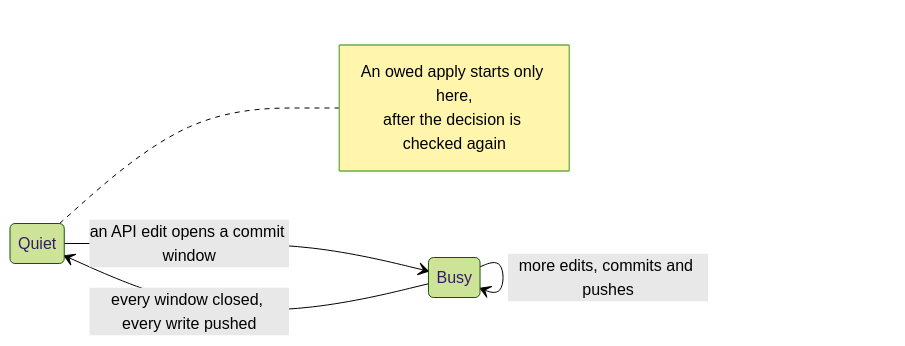
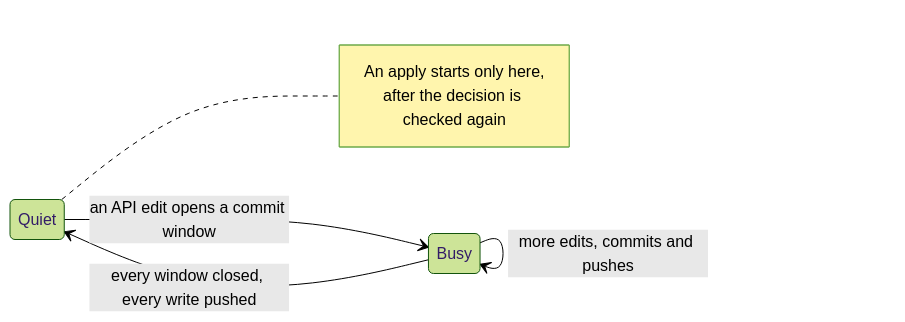
One commit to ConfigButler/gitops-reverser changed the third of 5 diagrams in docs/bi-directional.md. Above: the diagram before and after it, drawn with Mermaid (forest theme). The commit also changed other lines of this file and 13 other files, not shown here.

````diff
--- a/docs/bi-directional.md
+++ b/docs/bi-directional.md
@@ -124,11 +126,11 @@
 ```mermaid
 stateDiagram-v2
     direction LR
     Quiet --> Busy: an API edit opens a commit window
     Busy --> Busy: more edits, commits and pushes
     Busy --> Quiet: every window closed, every write pushed
     note right of Quiet
-        An owed apply starts only here,
+        An apply starts only here,
         after the decision is checked again
     end note
 ```
````
